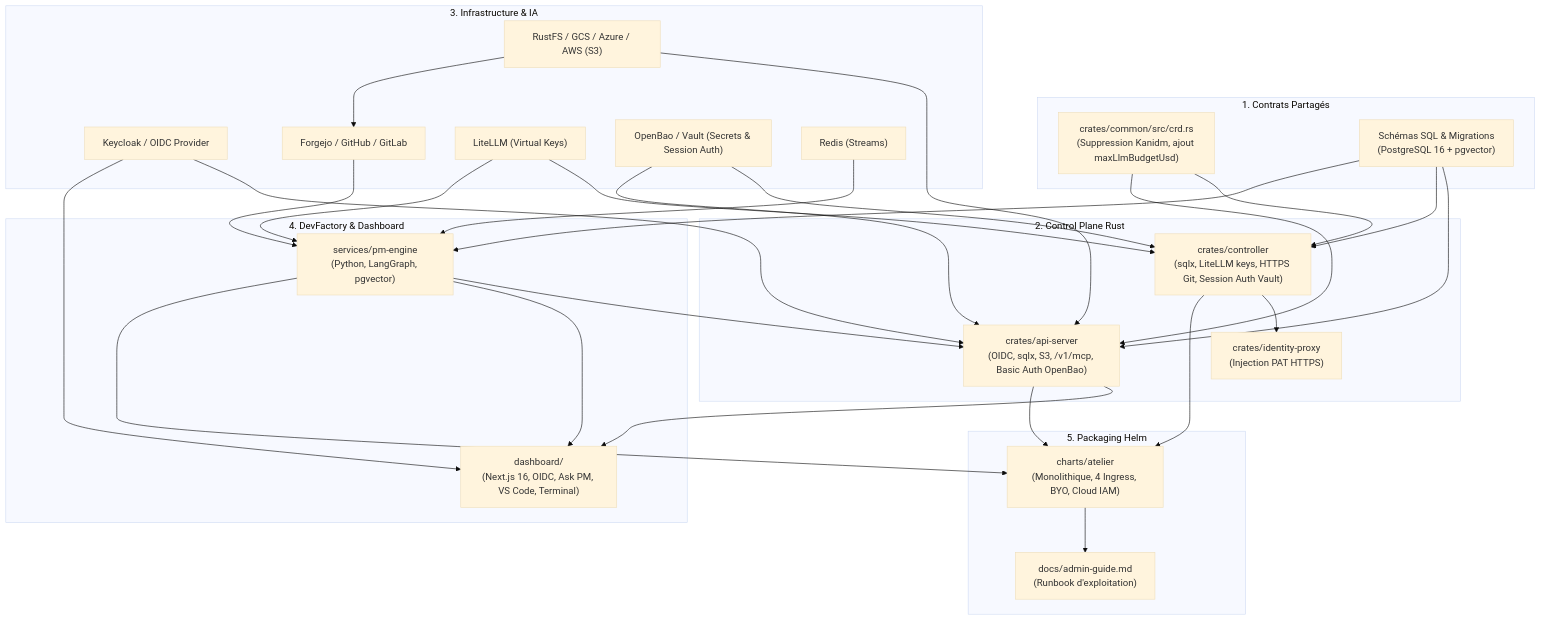
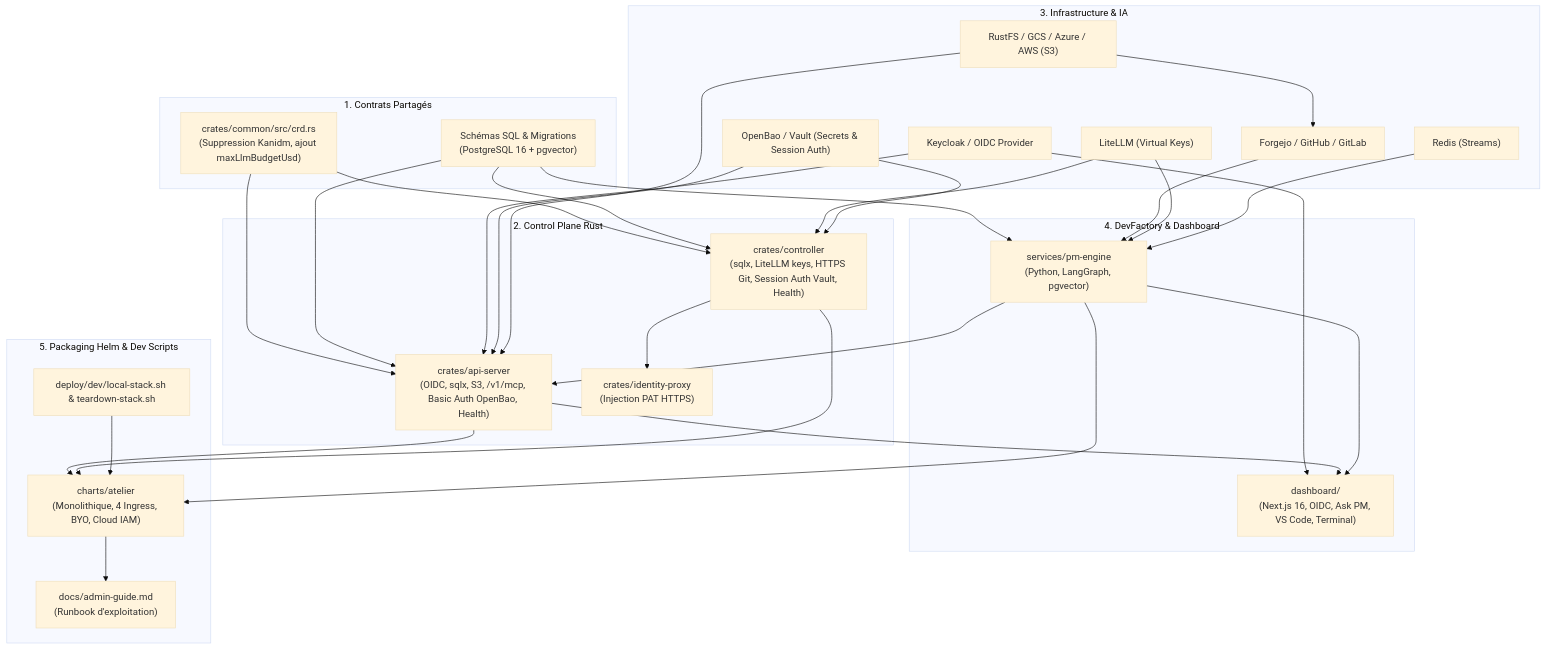
The diagram in docs/specs/PLAN-ACTION-GLOBAL.md (PhilippeVienne/atelier), drawn with Mermaid (base theme) before and after one commit. The commit also changed other lines of this file and 9 other files, not shown here.

First line of the commit message:
feat(api-server): PostgreSQL obligatoire, migrations et healthchecks

````diff
--- a/docs/specs/PLAN-ACTION-GLOBAL.md
+++ b/docs/specs/PLAN-ACTION-GLOBAL.md
@@ -68,59 +68,61 @@
 ```mermaid
 graph TD
     subgraph Layer1["1. Contrats Partagés"]
         CRD["crates/common/src/crd.rs\n(Suppression Kanidm, ajout maxLlmBudgetUsd)"]
         SQL_SCHEMA["Schémas SQL & Migrations\n(PostgreSQL 16 + pgvector)"]
     end
 
     subgraph Layer2["2. Control Plane Rust"]
-        API["crates/api-server\n(OIDC, sqlx, S3, /v1/mcp, Basic Auth OpenBao)"]
-        CTRL["crates/controller\n(sqlx, LiteLLM keys, HTTPS Git, Session Auth Vault)"]
+        API["crates/api-server\n(OIDC, sqlx, S3, /v1/mcp, Basic Auth OpenBao, Health)"]
+        CTRL["crates/controller\n(sqlx, LiteLLM keys, HTTPS Git, Session Auth Vault, Health)"]
         IDP["crates/identity-proxy\n(Injection PAT HTTPS)"]
     end
 
     subgraph Layer3["3. Infrastructure & IA"]
         KC["Keycloak / OIDC Provider"]
         FJ["Forgejo / GitHub / GitLab"]
         LLM["LiteLLM (Virtual Keys)"]
         OB["OpenBao / Vault (Secrets & Session Auth)"]
         S3["RustFS / GCS / Azure / AWS (S3)"]
         REDIS["Redis (Streams)"]
     end
 
     subgraph Layer4["4. DevFactory & Dashboard"]
         PM["services/pm-engine\n(Python, LangGraph, pgvector)"]
         DASH["dashboard/\n(Next.js 16, OIDC, Ask PM, VS Code, Terminal)"]
     end
 
-    subgraph Layer5["5. Packaging Helm"]
+    subgraph Layer5["5. Packaging Helm & Dev Scripts"]
         HELM["charts/atelier\n(Monolithique, 4 Ingress, BYO, Cloud IAM)"]
+        DEV_STACK["deploy/dev/local-stack.sh & teardown-stack.sh"]
         DOC["docs/admin-guide.md\n(Runbook d'exploitation)"]
     end
 
     CRD --> CTRL
     CRD --> API
     SQL_SCHEMA --> API
     SQL_SCHEMA --> CTRL
     SQL_SCHEMA --> PM
 
     KC --> API
     KC --> DASH
     FJ --> PM
     LLM --> CTRL
     LLM --> PM
     OB --> CTRL
     OB --> API
     S3 --> API
     S3 --> FJ
     REDIS --> PM
 
     CTRL --> IDP
     API --> DASH
     PM --> API
     PM --> DASH
 
     API --> HELM
     CTRL --> HELM
     PM --> HELM
     HELM --> DOC
+    DEV_STACK --> HELM
 ```
````
